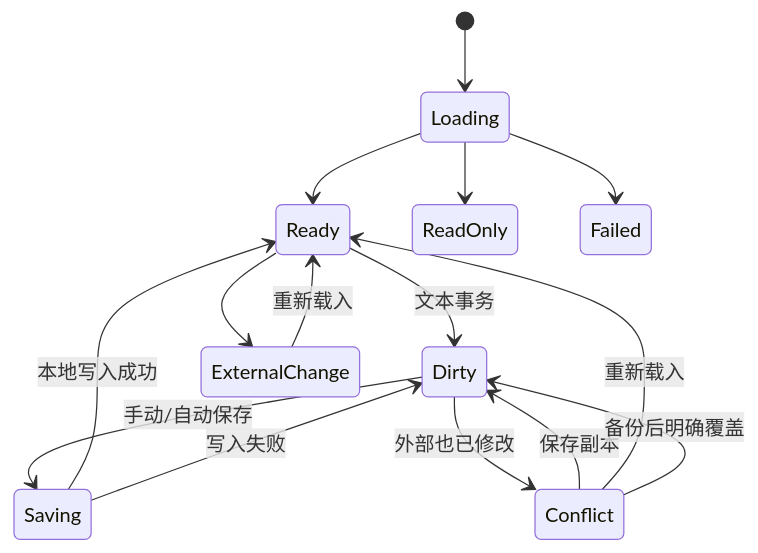
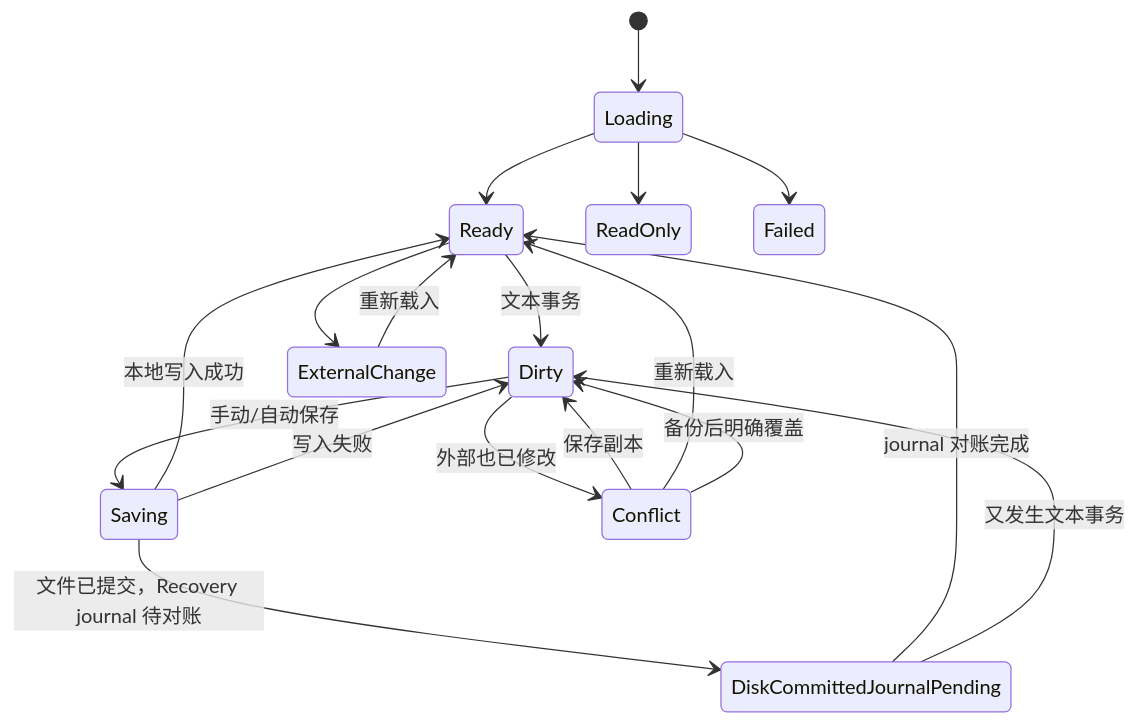
Before and after one commit to Eulimene/Inflow: the third of 4 diagrams in docs/engineering/TECHNICAL_DESIGN.md, drawn with Mermaid. The commit also changed other lines of this file and 57 other files, not shown here.

````diff
--- a/docs/engineering/TECHNICAL_DESIGN.md
+++ b/docs/engineering/TECHNICAL_DESIGN.md
@@ -214,17 +221,20 @@
 ```mermaid
 stateDiagram-v2
     [*] --> Loading
     Loading --> Ready
     Loading --> ReadOnly
     Loading --> Failed
     Ready --> Dirty: 文本事务
     Dirty --> Saving: 手动/自动保存
     Saving --> Ready: 本地写入成功
+    Saving --> DiskCommittedJournalPending: 文件已提交，Recovery journal 待对账
+    DiskCommittedJournalPending --> Ready: journal 对账完成
+    DiskCommittedJournalPending --> Dirty: 又发生文本事务
     Saving --> Dirty: 写入失败
     Ready --> ExternalChange
     Dirty --> Conflict: 外部也已修改
     ExternalChange --> Ready: 重新载入
     Conflict --> Dirty: 保存副本
     Conflict --> Ready: 重新载入
     Conflict --> Dirty: 备份后明确覆盖
 ```
````
